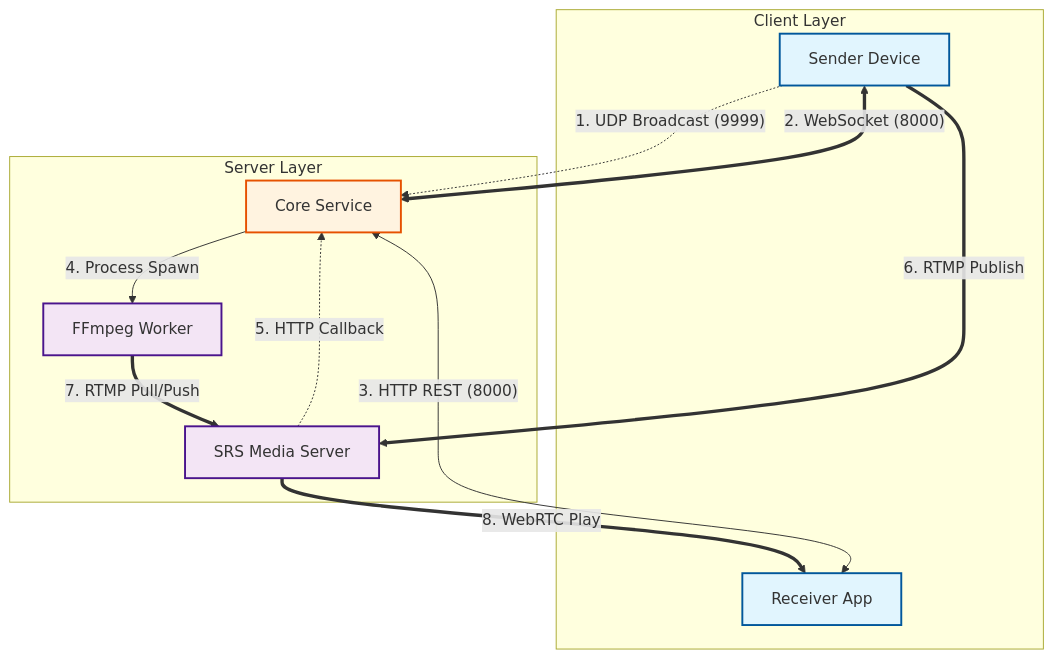
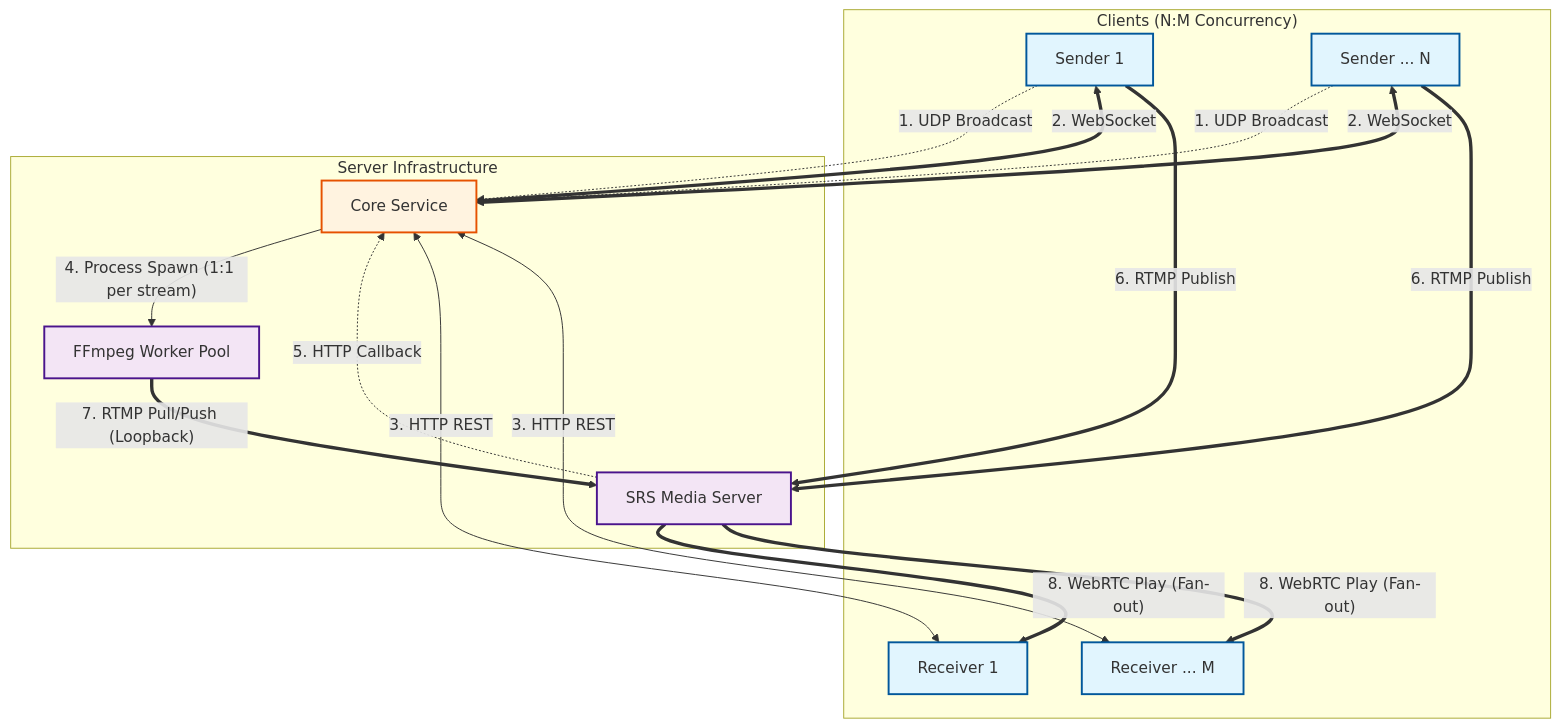
The diagram in Document/v1.5/03_Topology_and_API.md (ytnxneydhsx/lanVideoPlayer), drawn with Mermaid before and after one commit. The commit also changed other lines of this file, not shown here.

Commit message:
docs: update topology diagram to show N:M multi-client architecture

````diff
--- a/Document/v1.5/03_Topology_and_API.md
+++ b/Document/v1.5/03_Topology_and_API.md
@@ -7,37 +7,44 @@
 ```mermaid
 graph TD
     %% 节点样式定义
     classDef client fill:#e1f5fe,stroke:#01579b,stroke-width:2px;
     classDef server fill:#fff3e0,stroke:#e65100,stroke-width:2px;
     classDef media fill:#f3e5f5,stroke:#4a148c,stroke-width:2px;
 
-    %% 客户端层
-    subgraph "Client Layer"
-        Sender[Sender Device]:::client
-        Receiver[Receiver App]:::client
+    %% 客户端层 (Client Layer)
+    subgraph "Clients (N:M Concurrency)"
+        S1[Sender 1]:::client
+        Sn[Sender ... N]:::client
+        R1[Receiver 1]:::client
+        Rm[Receiver ... M]:::client
     end
 
-    %% 服务端层 (可部署在同一台机器或分开)
-    subgraph "Server Layer"
+    %% 服务端层 (Server Layer)
+    subgraph "Server Infrastructure"
         Core[Core Service]:::server
         SRS[SRS Media Server]:::media
-        FF[FFmpeg Worker]:::media
+        FF[FFmpeg Worker Pool]:::media
     end
 
-    %% 通信链路
+    %% 通信链路 (Links)
     %% 1. 发现
-    Sender -.->|"1. UDP Broadcast (9999)"| Core
+    S1 -.->|"1. UDP Broadcast"| Core
+    Sn -.->|"1. UDP Broadcast"| Core
     
     %% 2. 信令
-    Sender <==>|"2. WebSocket (8000)"| Core
-    Receiver <-->|"3. HTTP REST (8000)"| Core
+    S1 <==>|"2. WebSocket"| Core
+    Sn <==>|"2. WebSocket"| Core
+    R1 <-->|"3. HTTP REST"| Core
+    Rm <-->|"3. HTTP REST"| Core
     
     %% 3. 控制
-    Core -->|"4. Process Spawn"| FF
+    Core -->|"4. Process Spawn (1:1 per stream)"| FF
     SRS -.->|"5. HTTP Callback"| Core
     
     %% 4. 媒体流 (Media Plane)
-    Sender ==>|"6. RTMP Publish"| SRS
-    FF ==>|"7. RTMP Pull/Push"| SRS
-    SRS ==>|"8. WebRTC Play"| Receiver
+    S1 ==>|"6. RTMP Publish"| SRS
+    Sn ==>|"6. RTMP Publish"| SRS
+    FF ==>|"7. RTMP Pull/Push (Loopback)"| SRS
+    SRS ==>|"8. WebRTC Play (Fan-out)"| R1
+    SRS ==>|"8. WebRTC Play (Fan-out)"| Rm
 ```
````
